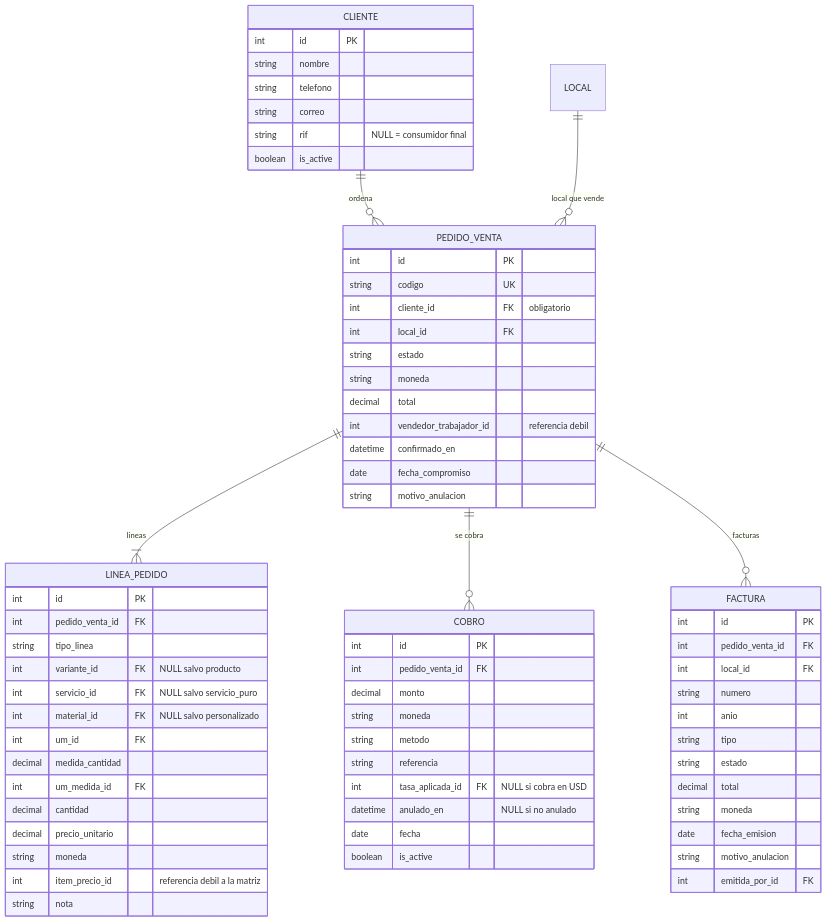
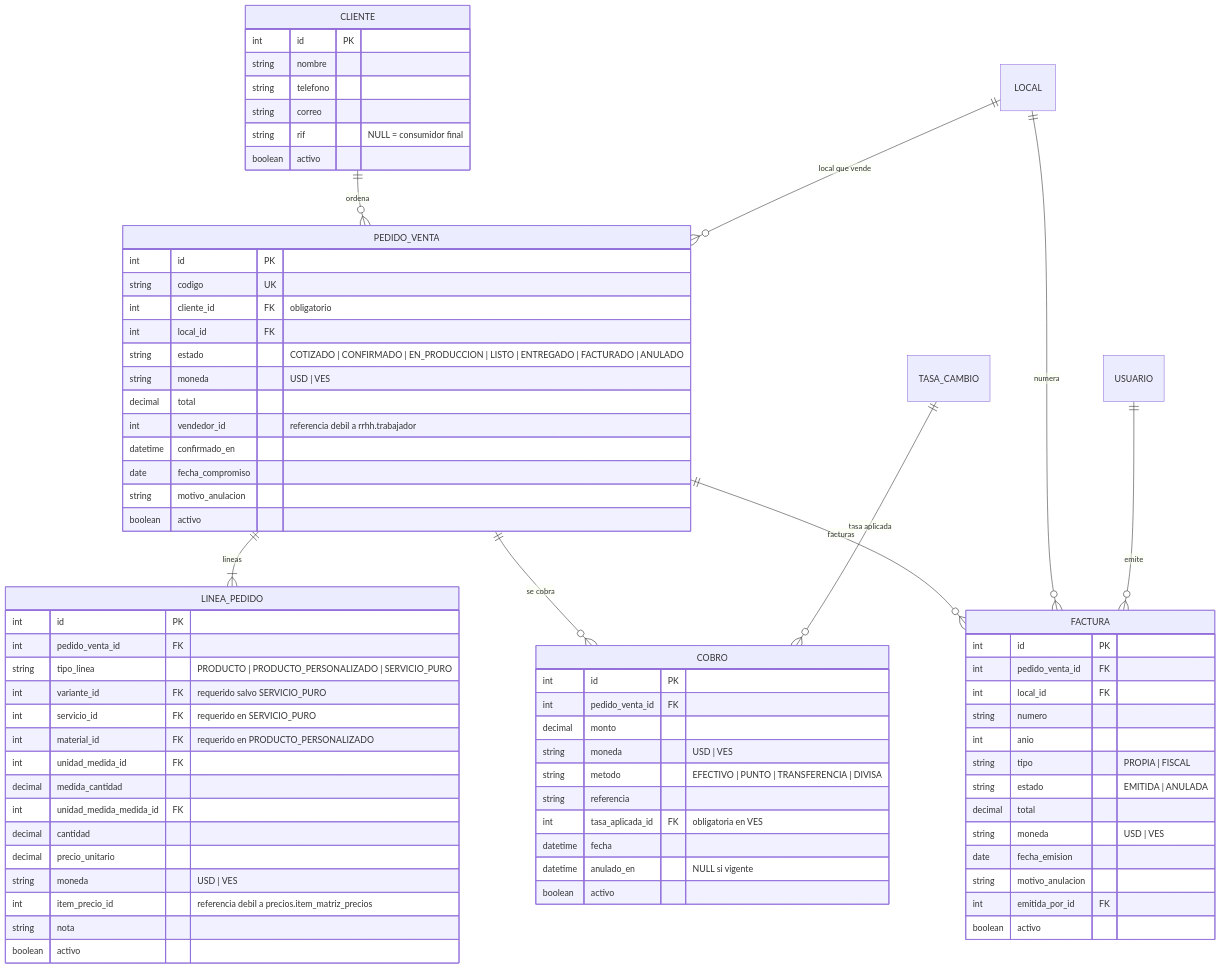
Before and after one commit to Enrrill/DLL-Sulimados---Core: the diagram in docs/modelo-datos/06.7-ventas.md, drawn with Mermaid. The commit also changed other lines of this file and 27 other files, not shown here.

````diff
--- a/docs/modelo-datos/06.7-ventas.md
+++ b/docs/modelo-datos/06.7-ventas.md
@@ -20,71 +21,77 @@
 ```mermaid
 erDiagram
     CLIENTE ||--o{ PEDIDO_VENTA : "ordena"
     CLIENTE {
         int id PK
         string nombre
         string telefono
         string correo
         string rif "NULL = consumidor final"
-        boolean is_active
+        boolean activo
     }
     LOCAL ||--o{ PEDIDO_VENTA : "local que vende"
     PEDIDO_VENTA {
         int id PK
         string codigo UK
         int cliente_id FK "obligatorio"
         int local_id FK
-        string estado
-        string moneda
+        string estado "COTIZADO | CONFIRMADO | EN_PRODUCCION | LISTO | ENTREGADO | FACTURADO | ANULADO"
+        string moneda "USD | VES"
         decimal total
-        int vendedor_trabajador_id "referencia debil"
+        int vendedor_id "referencia debil a rrhh.trabajador"
         datetime confirmado_en
         date fecha_compromiso
         string motivo_anulacion
+        boolean activo
     }
     PEDIDO_VENTA ||--|{ LINEA_PEDIDO : "lineas"
     LINEA_PEDIDO {
         int id PK
         int pedido_venta_id FK
-        string tipo_linea
-        int variante_id FK "NULL salvo producto"
-        int servicio_id FK "NULL salvo servicio_puro"
-        int material_id FK "NULL salvo personalizado"
-        int um_id FK
+        string tipo_linea "PRODUCTO | PRODUCTO_PERSONALIZADO | SERVICIO_PURO"
+        int variante_id FK "requerido salvo SERVICIO_PURO"
+        int servicio_id FK "requerido en SERVICIO_PURO"
+        int material_id FK "requerido en PRODUCTO_PERSONALIZADO"
+        int unidad_medida_id FK
         decimal medida_cantidad
-        int um_medida_id FK
+        int unidad_medida_medida_id FK
         decimal cantidad
         decimal precio_unitario
-        string moneda
-        int item_precio_id "referencia debil a la matriz"
+        string moneda "USD | VES"
+        int item_precio_id "referencia debil a precios.item_matriz_precios"
         string nota
+        boolean activo
     }
     PEDIDO_VENTA ||--o{ COBRO : "se cobra"
+    TASA_CAMBIO ||--o{ COBRO : "tasa aplicada"
     COBRO {
         int id PK
         int pedido_venta_id FK
         decimal monto
-        string moneda
-        string metodo
+        string moneda "USD | VES"
+        string metodo "EFECTIVO | PUNTO | TRANSFERENCIA | DIVISA"
         string referencia
-        int tasa_aplicada_id FK "NULL si cobra en USD"
-        datetime anulado_en "NULL si no anulado"
-        date fecha
-        boolean is_active
+        int tasa_aplicada_id FK "obligatoria en VES"
+        datetime fecha
+        datetime anulado_en "NULL si vigente"
+        boolean activo
     }
     PEDIDO_VENTA ||--o{ FACTURA : "facturas"
+    LOCAL ||--o{ FACTURA : "numera"
+    USUARIO ||--o{ FACTURA : "emite"
     FACTURA {
         int id PK
         int pedido_venta_id FK
         int local_id FK
         string numero
         int anio
-        string tipo
-        string estado
+        string tipo "PROPIA | FISCAL"
+        string estado "EMITIDA | ANULADA"
         decimal total
-        string moneda
+        string moneda "USD | VES"
         date fecha_emision
         string motivo_anulacion
         int emitida_por_id FK
+        boolean activo
     }
 ```
````
